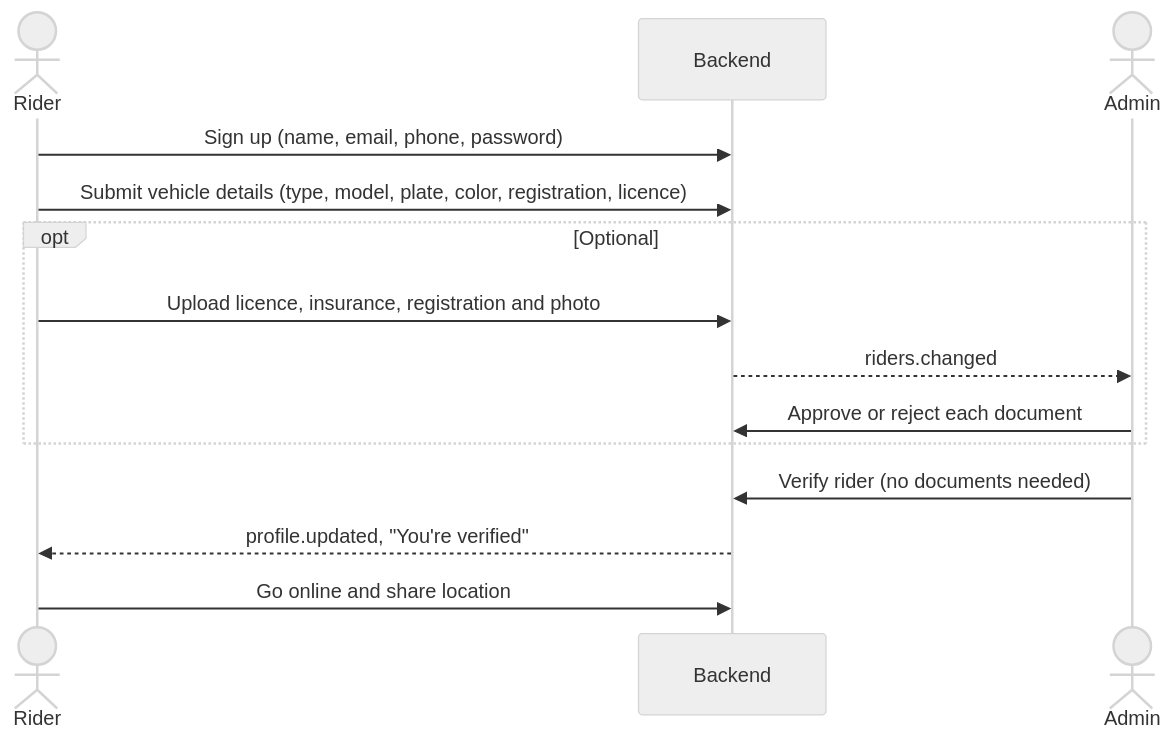
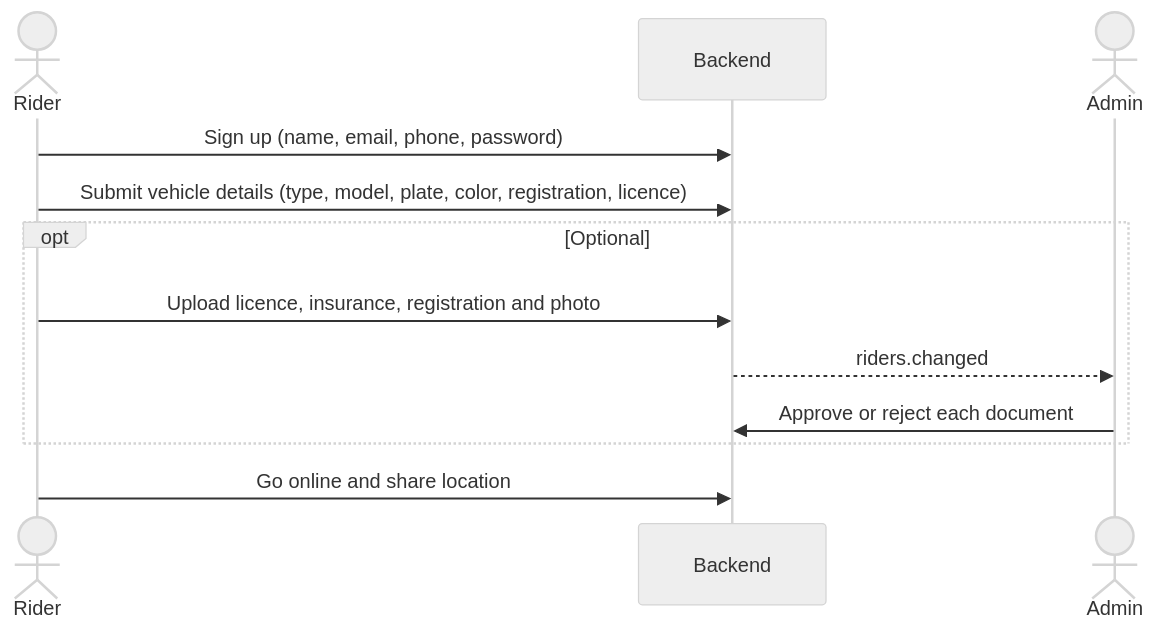
The second of 4 diagrams in Docs/Plan.md (TanvirMahmudTushar/Deep-Learning-Based-Ride-Sharing-System), drawn with Mermaid (neutral theme) before and after one commit. The commit also changed other lines of this file and 10 other files, not shown here.

Commit message:
Refactor rider onboarding process to eliminate admin verification; riders can now go online immediately after adding a vehicle. Update related documentation and UI components accordingly.

````diff
--- a/Docs/Plan.md
+++ b/Docs/Plan.md
@@ -63,16 +63,14 @@
 ```mermaid
 sequenceDiagram
   actor Rider
   participant API as Backend
   actor Admin
   Rider->>API: Sign up (name, email, phone, password)
   Rider->>API: Submit vehicle details (type, model, plate, color, registration, licence)
   opt Optional
     Rider->>API: Upload licence, insurance, registration and photo
     API-->>Admin: riders.changed
     Admin->>API: Approve or reject each document
   end
-  Admin->>API: Verify rider (no documents needed)
-  API-->>Rider: profile.updated, "You're verified"
   Rider->>API: Go online and share location
 ```
````
